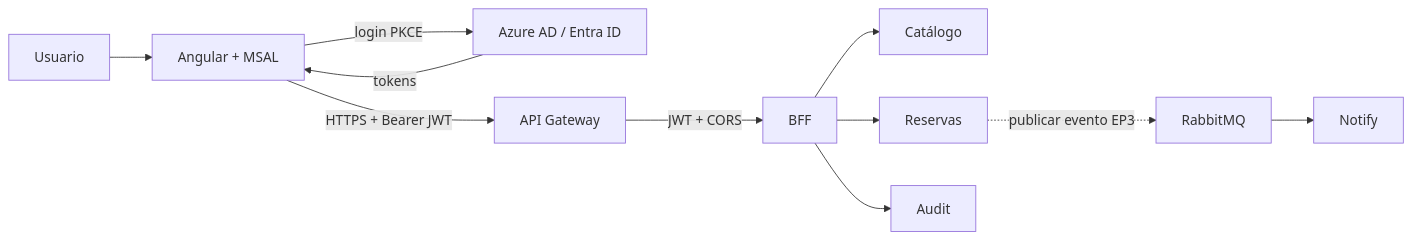
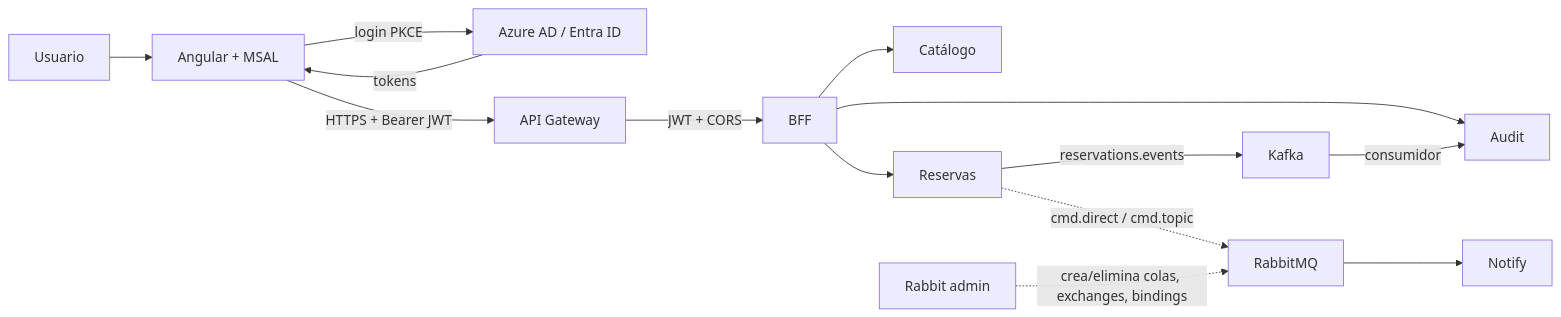
One commit to cristianmonsalve14/andesstay-docs changed the diagram in ARQUITECTURA.md. Above: the diagram before and after it, drawn with Mermaid. The commit also changed other lines of this file and 4 other files, not shown here.

````diff
--- a/ARQUITECTURA.md
+++ b/ARQUITECTURA.md
@@ -7,24 +7,29 @@
 ```mermaid
 flowchart LR
   U[Usuario]
   FE[Angular + MSAL]
   AAD[Azure AD / Entra ID]
   GW[API Gateway]
   BFF[BFF]
   CAT[Catálogo]
   RES[Reservas]
   AUD[Audit]
+  KFK[Kafka]
   RMQ[RabbitMQ]
   NTF[Notify]
+  ADM[Rabbit admin]
 
   U --> FE
   FE -->|login PKCE| AAD
   AAD -->|tokens| FE
   FE -->|HTTPS + Bearer JWT| GW
   GW -->|JWT + CORS| BFF
   BFF --> CAT
   BFF --> RES
   BFF --> AUD
-  RES -.->|publicar evento EP3| RMQ
+  RES -->|reservations.events| KFK
+  KFK -->|consumidor| AUD
+  RES -.->|cmd.direct / cmd.topic| RMQ
   RMQ --> NTF
+  ADM -.->|crea/elimina colas, exchanges, bindings| RMQ
 ```
````
